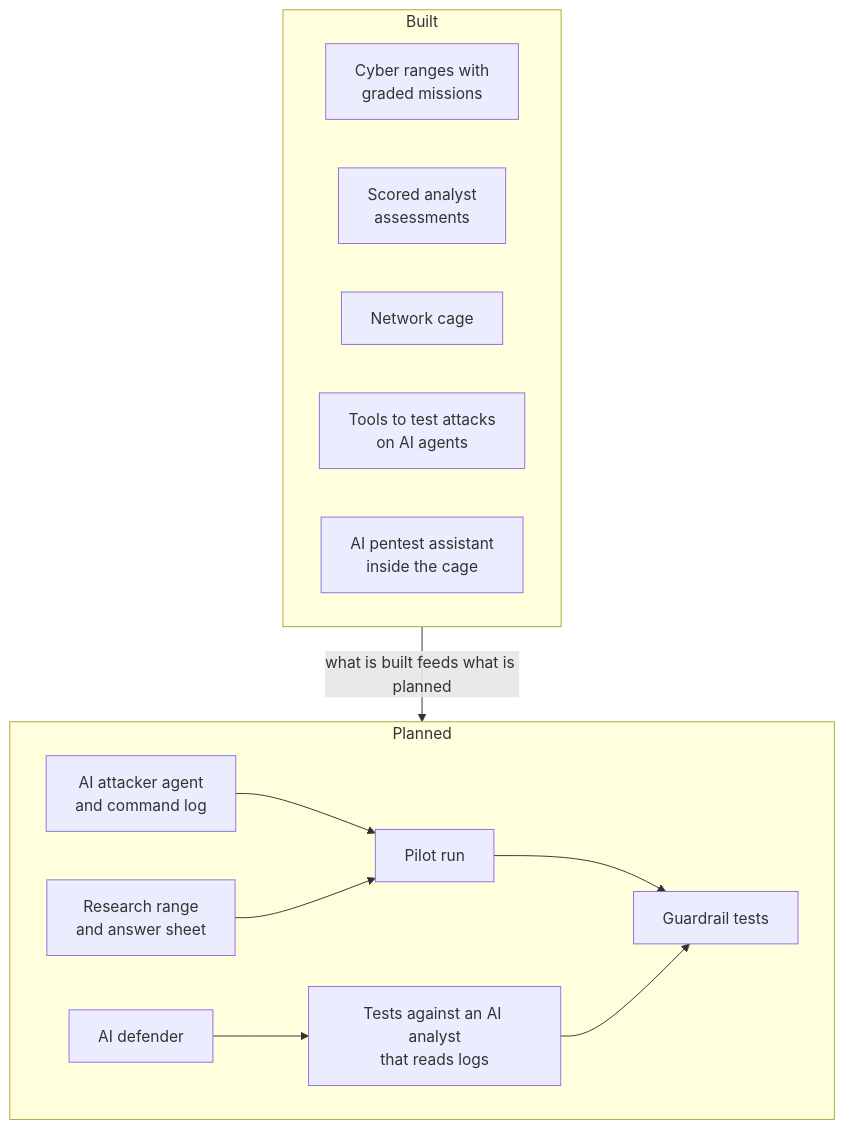
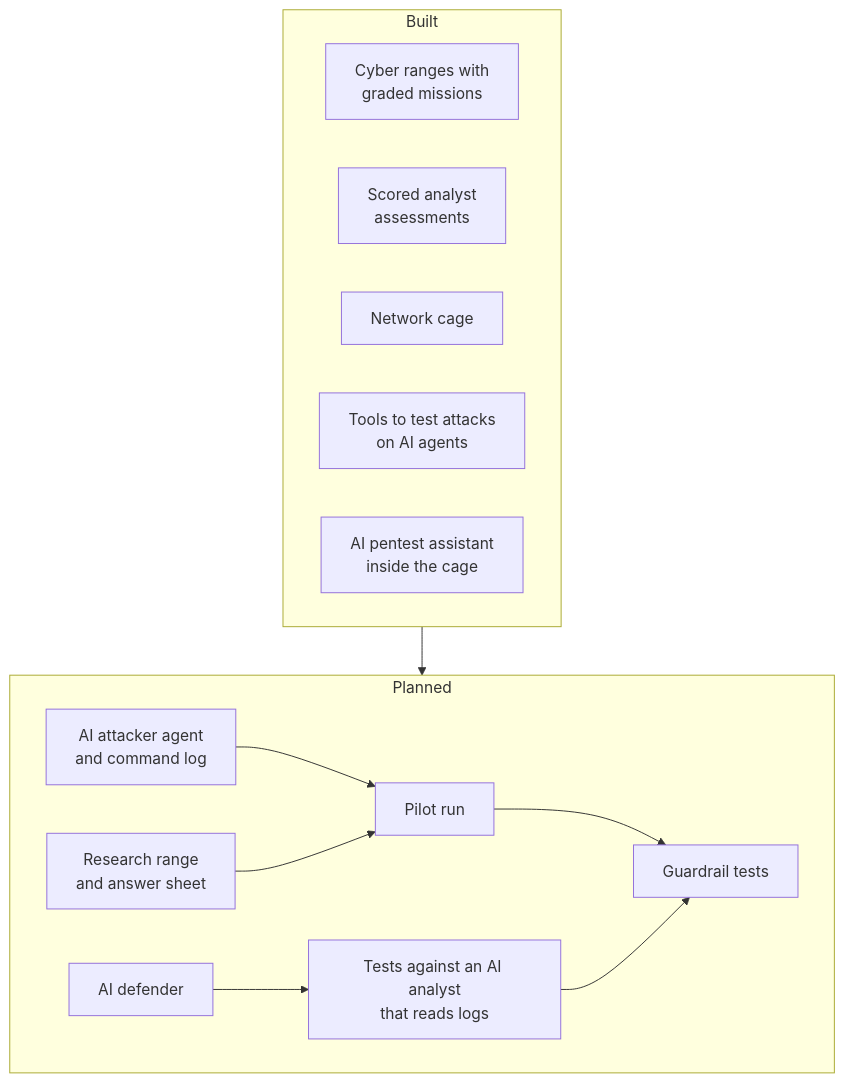
Before and after one commit to fernandodeltaflows/ai-cyber-testbed: the diagram in docs/3-the-pieces.md, drawn with Mermaid.

Commit message:
Pieces diagram: remove a label that was cut off

````diff
--- a/docs/3-the-pieces.md
+++ b/docs/3-the-pieces.md
@@ -7,26 +7,26 @@
 ```mermaid
 flowchart TB
   subgraph built["Built"]
     direction LR
     B1["Cyber ranges with<br/>graded missions"]
     B2["Scored analyst<br/>assessments"]
     B3["Network cage"]
     B4["Tools to test attacks<br/>on AI agents"]
     B5["AI pentest assistant<br/>inside the cage"]
   end
   subgraph planned["Planned"]
     direction LR
     P1["AI attacker agent<br/>and command log"]
     P2["Research range<br/>and answer sheet"]
     P3["Pilot run"]
     P4["AI defender"]
     P6["Tests against an AI analyst<br/>that reads logs"]
     P5["Guardrail tests"]
   end
-  built -->|"what is built feeds what is planned"| planned
+  built --> planned
   P1 --> P3
   P2 --> P3
   P4 --> P6
   P3 --> P5
   P6 --> P5
 ```
````
